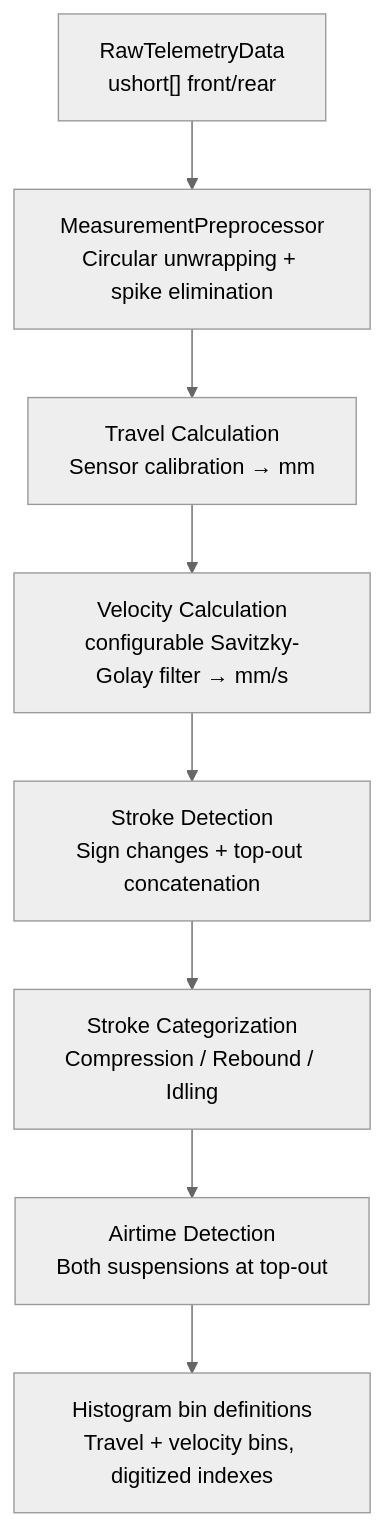
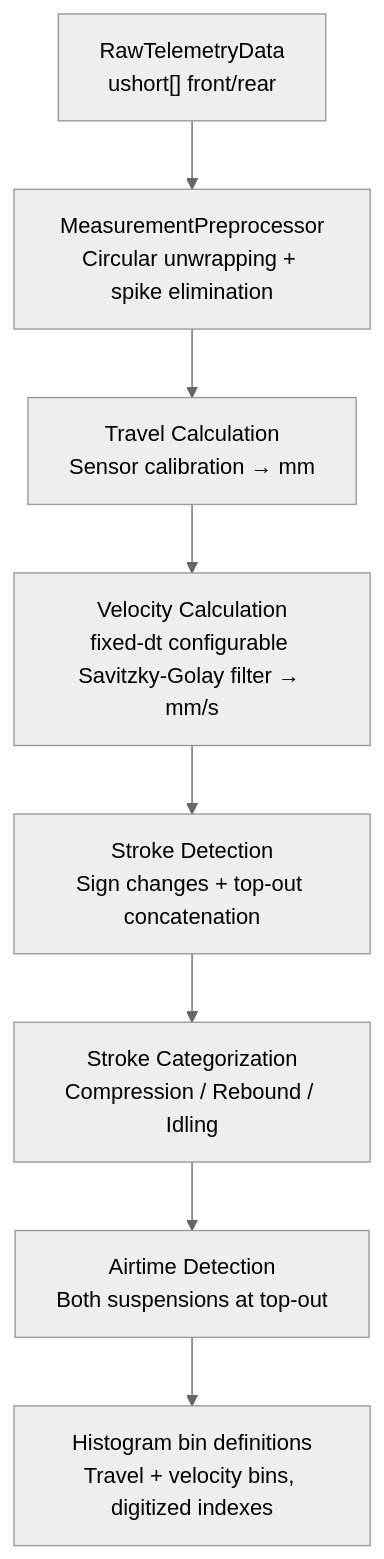
Before and after one commit to MoridinBG/Sufni.app: the diagram in docs/architecture/processing.md, drawn with Mermaid (neutral theme). The commit also changed other lines of this file and 8 other files, not shown here.

Commit message:
Document performance architecture updates

````diff
--- a/docs/architecture/processing.md
+++ b/docs/architecture/processing.md
@@ -7,10 +7,10 @@
 ```mermaid
 graph TD
     Raw["RawTelemetryData<br/>ushort[] front/rear"] --> Pre["MeasurementPreprocessor<br/>Circular unwrapping + spike elimination"]
     Pre --> Travel["Travel Calculation<br/>Sensor calibration → mm"]
-    Travel --> Velocity["Velocity Calculation<br/>configurable Savitzky-Golay filter → mm/s"]
+    Travel --> Velocity["Velocity Calculation<br/>fixed-dt configurable Savitzky-Golay filter → mm/s"]
     Velocity --> Strokes["Stroke Detection<br/>Sign changes + top-out concatenation"]
     Strokes --> Cat["Stroke Categorization<br/>Compression / Rebound / Idling"]
     Cat --> Air["Airtime Detection<br/>Both suspensions at top-out"]
     Air --> Hist["Histogram bin definitions<br/>Travel + velocity bins, digitized indexes"]
 ```
````
